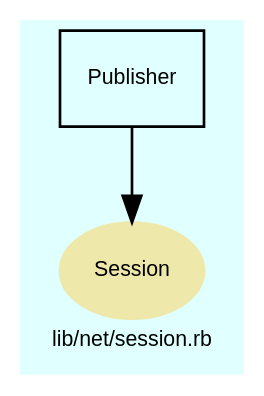
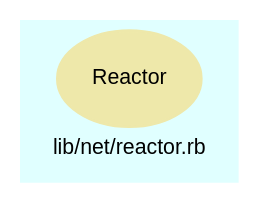
One commit to Tyche/teensymud changed the diagram in doc/dot/f_19.dot. Above: the diagram before and after it, drawn with Graphviz. The commit also changed 198 other files, not shown here.

```diff
--- a/doc/dot/f_19.dot
+++ b/doc/dot/f_19.dot
@@ -1,32 +1,22 @@
 digraph TopLevel {
     compound = true
     bgcolor = lightcyan1
     fontname = Arial
     fontsize = 8
-    label = "lib/net/session.rb"
+    label = "lib/net/reactor.rb"
     node [
         fontname = Arial,
         fontsize = 8,
         color = black
     ]
 
-    Session [
+    Reactor [
         fontcolor = black,
-        URL = "classes/Session.html",
+        URL = "classes/Reactor.html",
         shape = ellipse,
         color = palegoldenrod,
         style = filled,
-        label = "Session"
-    ]
-
-    Publisher [
-        URL = "classes/Publisher.html",
-        shape = box,
-        label = "Publisher"
-    ]
-
-    Publisher -> Session [
-
+        label = "Reactor"
     ]
 
 }
```
